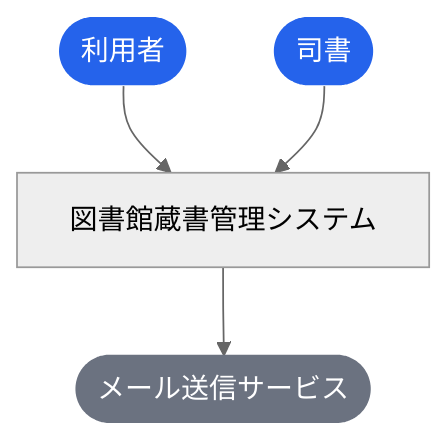
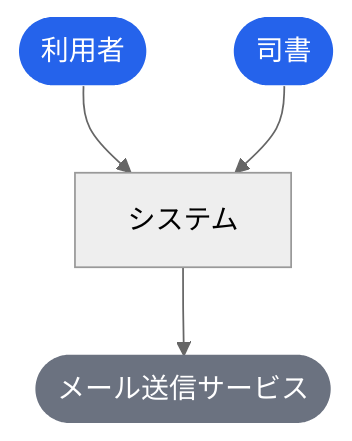
Before and after one commit to suwa-sh/suwa-sh-claude-plugins: the first of 7 diagrams in samples/distillery/README.md, drawn with Mermaid (neutral theme). The commit also changed other lines of this file and 6 other files, not shown here.

First line of the commit message:
feat(distillery): simplify domain mermaid + include domain in genReadme

````diff
--- a/samples/distillery/README.md
+++ b/samples/distillery/README.md
@@ -67,9 +60,9 @@
 ```mermaid
 graph TB
-  SYS["図書館蔵書管理システム"]
+  SYS["システム"]
   利用者(["利用者"]):::actor --> SYS
   司書(["司書"]):::actor --> SYS
   SYS --> メール送信サービス(["メール送信サービス"]):::external
   classDef actor fill:#2563EB,color:#fff,stroke:none
   classDef external fill:#6B7280,color:#fff,stroke:none
 ```
````
